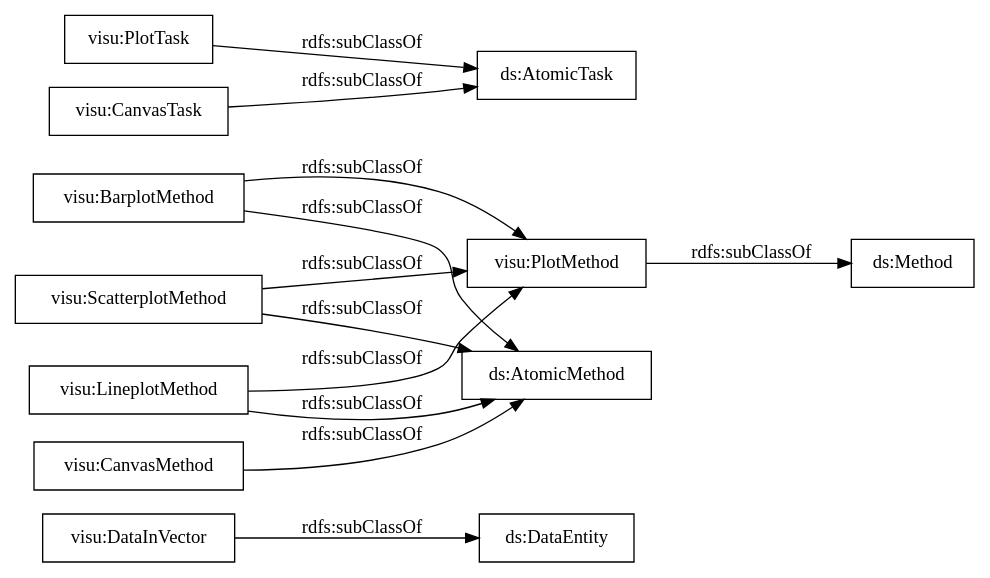
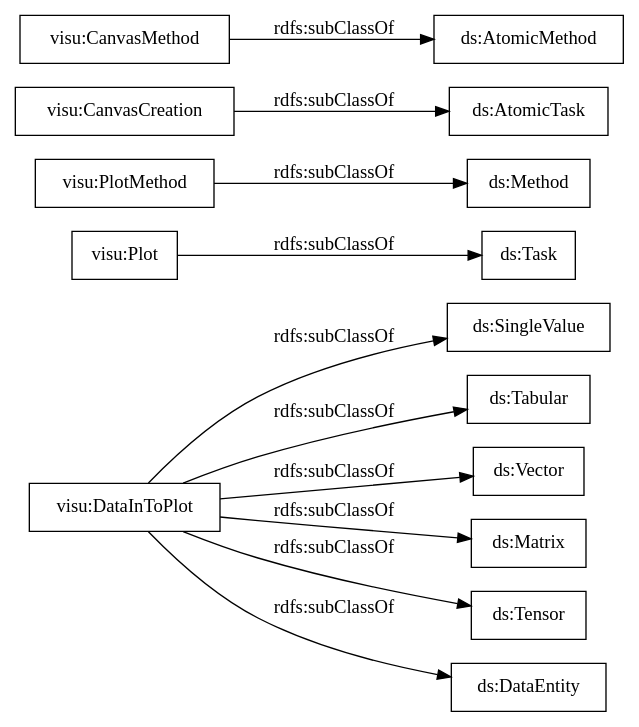
Before and after one commit to nsai-uio/ExeKGOntology: the diagram in OnToology/visu_exeKGOntology.ttl/diagrams/ar2dtool-taxonomy/visu_exeKGOntology.ttl.png.dot, drawn with Graphviz. The commit also changed 31 other files, not shown here.

```diff
--- a/OnToology/visu_exeKGOntology.ttl/diagrams/ar2dtool-taxonomy/visu_exeKGOntology.ttl.png.dot
+++ b/OnToology/visu_exeKGOntology.ttl/diagrams/ar2dtool-taxonomy/visu_exeKGOntology.ttl.png.dot
@@ -1,17 +1,16 @@
 digraph ar2dtool_diagram { 
 rankdir=LR;
 size="1000"
-node [shape = rectangle, color="black"]; "visu:DataInVector" "visu:BarplotMethod" "visu:ScatterplotMethod" "visu:LineplotMethod" "visu:PlotTask" "visu:PlotMethod" "visu:CanvasTask" "visu:CanvasMethod" ; /*classes style*/
-	"visu:LineplotMethod" -> "visu:PlotMethod" [ label = "rdfs:subClassOf" ];
-	"visu:LineplotMethod" -> "ds:AtomicMethod" [ label = "rdfs:subClassOf" ];
-	"visu:BarplotMethod" -> "visu:PlotMethod" [ label = "rdfs:subClassOf" ];
-	"visu:BarplotMethod" -> "ds:AtomicMethod" [ label = "rdfs:subClassOf" ];
+node [shape = rectangle, color="black"]; "visu:DataInToPlot" "visu:Plot" "visu:PlotMethod" "visu:CanvasCreation" "visu:CanvasMethod" ; /*classes style*/
 	"visu:CanvasMethod" -> "ds:AtomicMethod" [ label = "rdfs:subClassOf" ];
 	"visu:PlotMethod" -> "ds:Method" [ label = "rdfs:subClassOf" ];
-	"visu:PlotTask" -> "ds:AtomicTask" [ label = "rdfs:subClassOf" ];
-	"visu:ScatterplotMethod" -> "visu:PlotMethod" [ label = "rdfs:subClassOf" ];
-	"visu:ScatterplotMethod" -> "ds:AtomicMethod" [ label = "rdfs:subClassOf" ];
-	"visu:DataInVector" -> "ds:DataEntity" [ label = "rdfs:subClassOf" ];
-	"visu:CanvasTask" -> "ds:AtomicTask" [ label = "rdfs:subClassOf" ];
+	"visu:CanvasCreation" -> "ds:AtomicTask" [ label = "rdfs:subClassOf" ];
+	"visu:DataInToPlot" -> "ds:SingleValue" [ label = "rdfs:subClassOf" ];
+	"visu:DataInToPlot" -> "ds:Tabular" [ label = "rdfs:subClassOf" ];
+	"visu:DataInToPlot" -> "ds:Vector" [ label = "rdfs:subClassOf" ];
+	"visu:DataInToPlot" -> "ds:Matrix" [ label = "rdfs:subClassOf" ];
+	"visu:DataInToPlot" -> "ds:Tensor" [ label = "rdfs:subClassOf" ];
+	"visu:DataInToPlot" -> "ds:DataEntity" [ label = "rdfs:subClassOf" ];
+	"visu:Plot" -> "ds:Task" [ label = "rdfs:subClassOf" ];
 
 }
```
